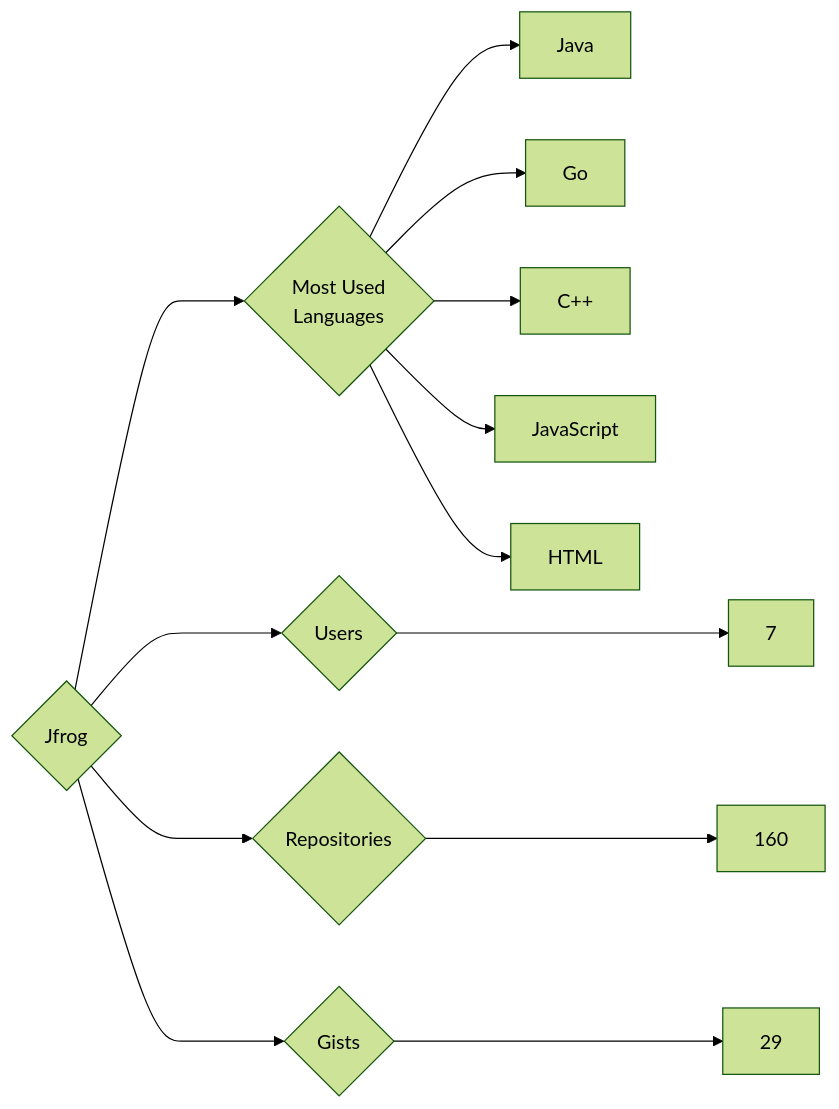
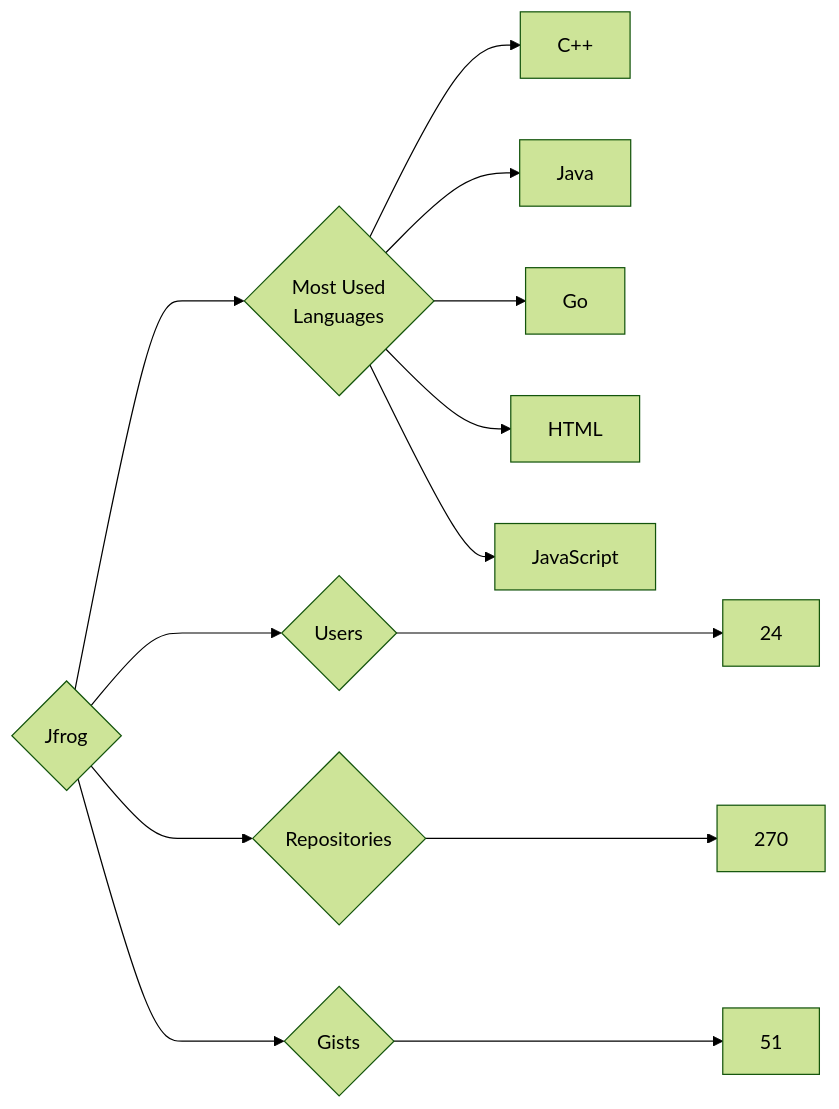
The diagram in targets/Jfrog/README.md (trickest/insiders), drawn with Mermaid (forest theme) before and after one commit. The commit also changed 721 other files, not shown here.

````diff
--- a/targets/Jfrog/README.md
+++ b/targets/Jfrog/README.md
@@ -3,13 +3,13 @@
 ```mermaid
 graph LR
 COMPANY_NAME{Jfrog}
-COMPANY_NAME ---> U{Users} ---> UN[7]
-COMPANY_NAME ---> R{Repositories} ---> RN[160]
-COMPANY_NAME ---> G{Gists} ---> GN[29]
+COMPANY_NAME ---> U{Users} ---> UN[24]
+COMPANY_NAME ---> R{Repositories} ---> RN[270]
+COMPANY_NAME ---> G{Gists} ---> GN[51]
 COMPANY_NAME ---> ML{Most Used<br>Languages}
+ML --> C++[C++]
 ML --> Java[Java]
 ML --> Go[Go]
-ML --> C++[C++]
+ML --> HTML[HTML]
 ML --> JavaScript[JavaScript]
-ML --> HTML[HTML]
 ```
````
